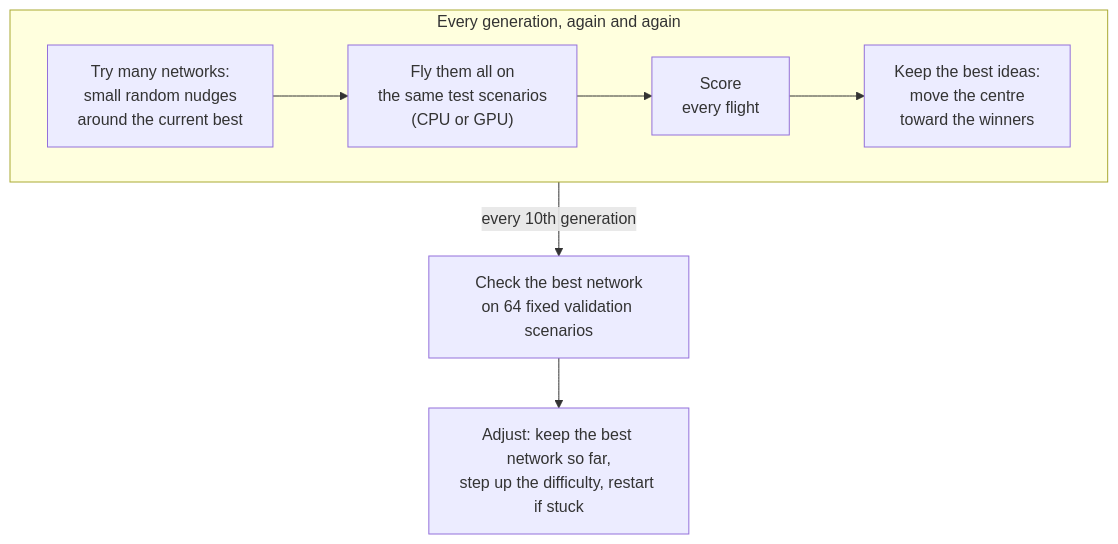
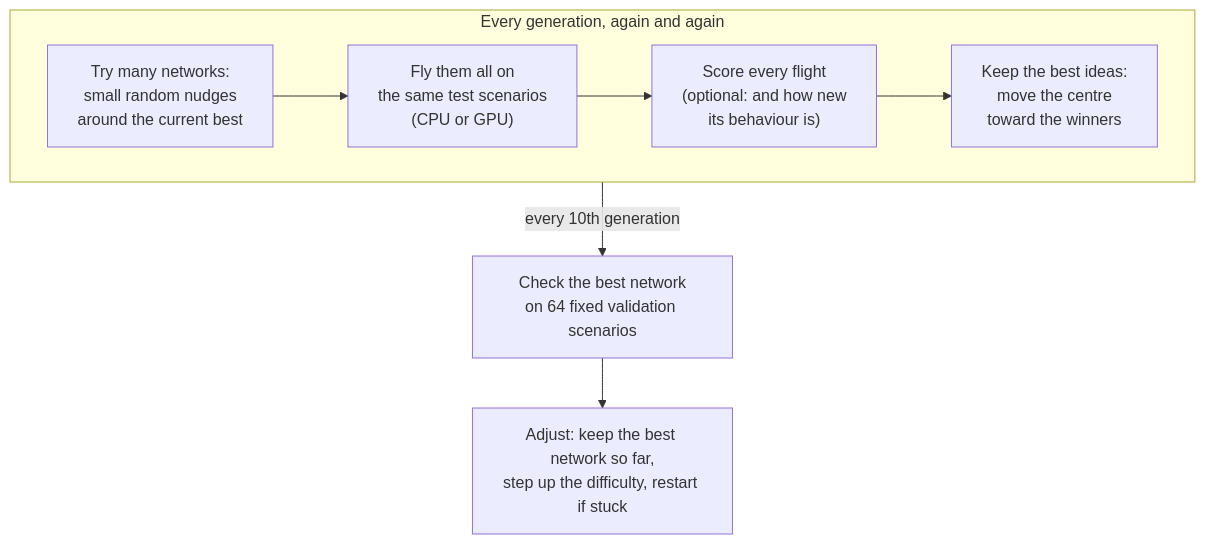
The diagram in docs/explainers/README.md (SmellingARose/interacting-balls), drawn with Mermaid before and after one commit. The commit also changed other lines of this file and 12 other files, not shown here.

````diff
--- a/docs/explainers/README.md
+++ b/docs/explainers/README.md
@@ -12,11 +12,11 @@
 ```mermaid
 flowchart TD
   subgraph G["Every generation, again and again"]
     direction LR
     A["Try many networks:<br>small random nudges<br>around the current best"] --> B["Fly them all on<br>the same test scenarios<br>(CPU or GPU)"]
-    B --> C["Score<br>every flight"]
+    B --> C["Score every flight<br>(optional: and how new<br>its behaviour is)"]
     C --> D["Keep the best ideas:<br>move the centre<br>toward the winners"]
   end
   G -- "every 10th generation" --> E["Check the best network<br>on 64 fixed validation scenarios"]
   E --> F["Adjust: keep the best network so far,<br>step up the difficulty, restart if stuck"]
 ```
````
